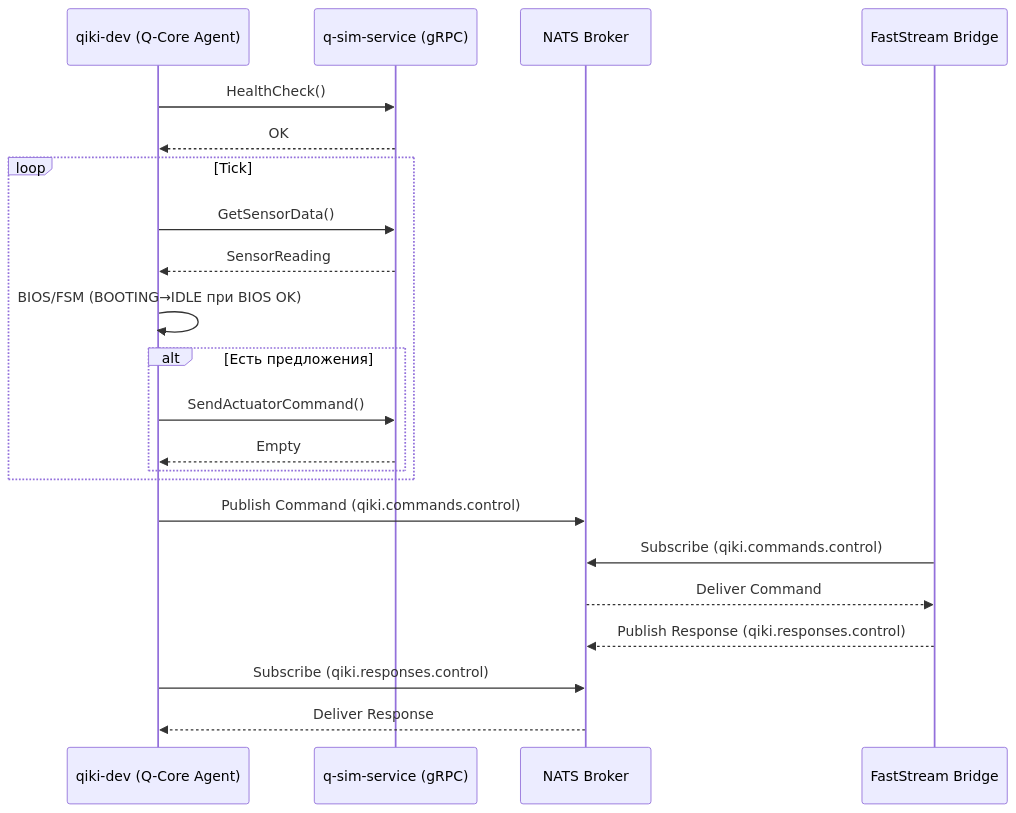
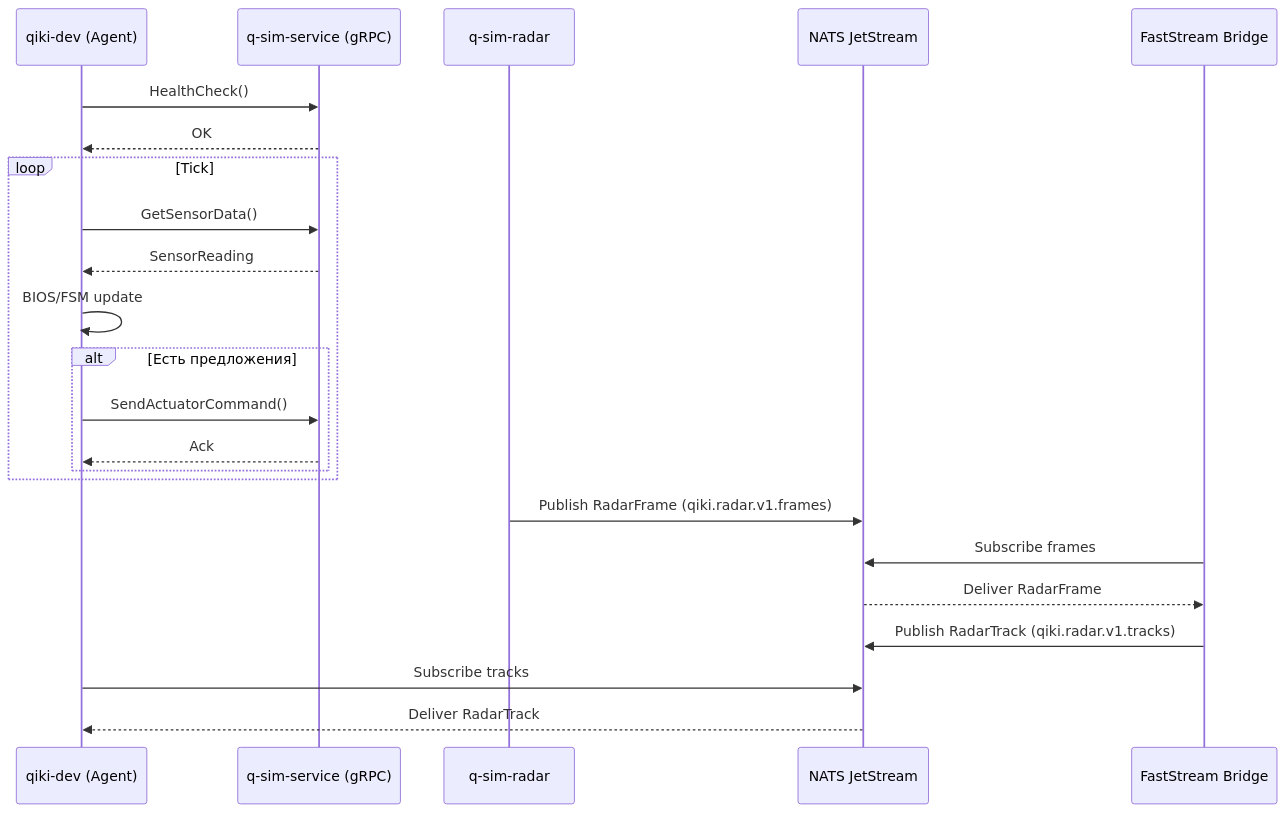
One commit to sonra44/QIKI_DTMP changed the diagram in docs/ARCHITECTURE.md. Above: the diagram before and after it, drawn with Mermaid. The commit also changed other lines of this file and 155 other files, not shown here.

````diff
--- a/docs/ARCHITECTURE.md
+++ b/docs/ARCHITECTURE.md
@@ -35,26 +39,27 @@
 ```mermaid
 sequenceDiagram
-    participant Dev as qiki-dev (Q-Core Agent)
+    participant Dev as qiki-dev (Agent)
     participant Sim as q-sim-service (gRPC)
-    participant NATS as NATS Broker
+    participant Radar as q-sim-radar
+    participant NATS as NATS JetStream
     participant Bridge as FastStream Bridge
 
     Dev->>Sim: HealthCheck()
     Sim-->>Dev: OK
     loop Tick
         Dev->>Sim: GetSensorData()
         Sim-->>Dev: SensorReading
-        Dev->>Dev: BIOS/FSM (BOOTING→IDLE при BIOS OK)
+        Dev->>Dev: BIOS/FSM update
         alt Есть предложения
             Dev->>Sim: SendActuatorCommand()
-            Sim-->>Dev: Empty
+            Sim-->>Dev: Ack
         end
     end
 
-    Dev->>NATS: Publish Command (qiki.commands.control)
-    Bridge->>NATS: Subscribe (qiki.commands.control)
-    NATS-->>Bridge: Deliver Command
-    Bridge-->>NATS: Publish Response (qiki.responses.control)
-    Dev->>NATS: Subscribe (qiki.responses.control)
-    NATS-->>Dev: Deliver Response
+    Radar->>NATS: Publish RadarFrame (qiki.radar.v1.frames)
+    Bridge->>NATS: Subscribe frames
+    NATS-->>Bridge: Deliver RadarFrame
+    Bridge->>NATS: Publish RadarTrack (qiki.radar.v1.tracks)
+    Dev->>NATS: Subscribe tracks
+    NATS-->>Dev: Deliver RadarTrack
 ```
````
